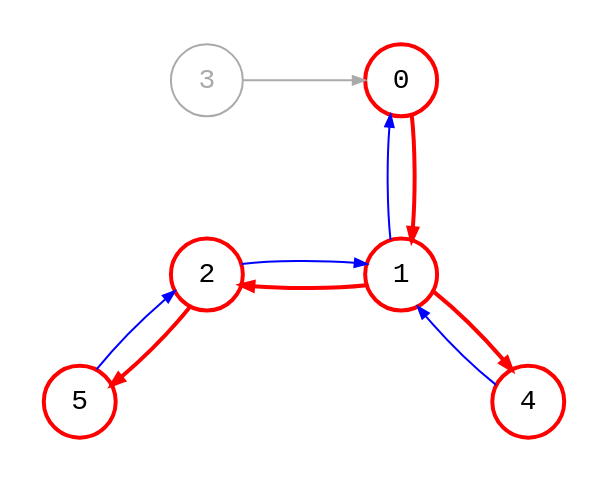
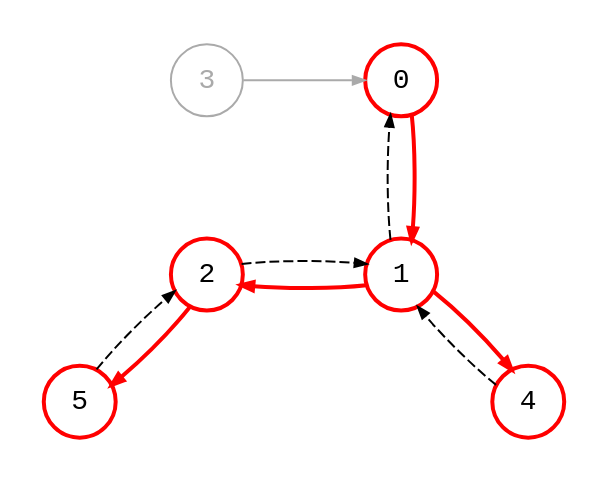
One commit to bsdrks/graaf-images changed the diagram in src/bfs_pred_predecessors_1.dot. Above: the diagram before and after it, drawn with Graphviz. The commit also changed 3 other files, not shown here.

```diff
--- a/src/bfs_pred_predecessors_1.dot
+++ b/src/bfs_pred_predecessors_1.dot
@@ -1,23 +1,23 @@
 digraph {
     node [shape=circle, fontname="monospace"];
     edge [arrowsize=0.6, fontname="monospace", fontsize=9];
     layout=circo;
     scale=1.0;
     normalize=true;
     pad=0.2;
     splines=line
 
     3 [color="#aaaaaa", fontcolor="#aaaaaa"];
     0, 1, 2, 4, 5 [style=bold, color=red];
 
     0 -> 1 [style=bold, color=red];
     3 -> 0 [color="#aaaaaa"];
     1 -> 2 [style=bold, color=red];
     2 -> 3 [style=invis];
     1 -> 4 [style=bold, color=red];
     2 -> 5 [style=bold, color=red];
-    5 -> 2 [color=blue];
-    2 -> 1 [color=blue];
-    4 -> 1 [color=blue];
-    1 -> 0 [color=blue];
+    5 -> 2 [style=dashed];
+    2 -> 1 [style=dashed];
+    4 -> 1 [style=dashed];
+    1 -> 0 [style=dashed];
 }
```
